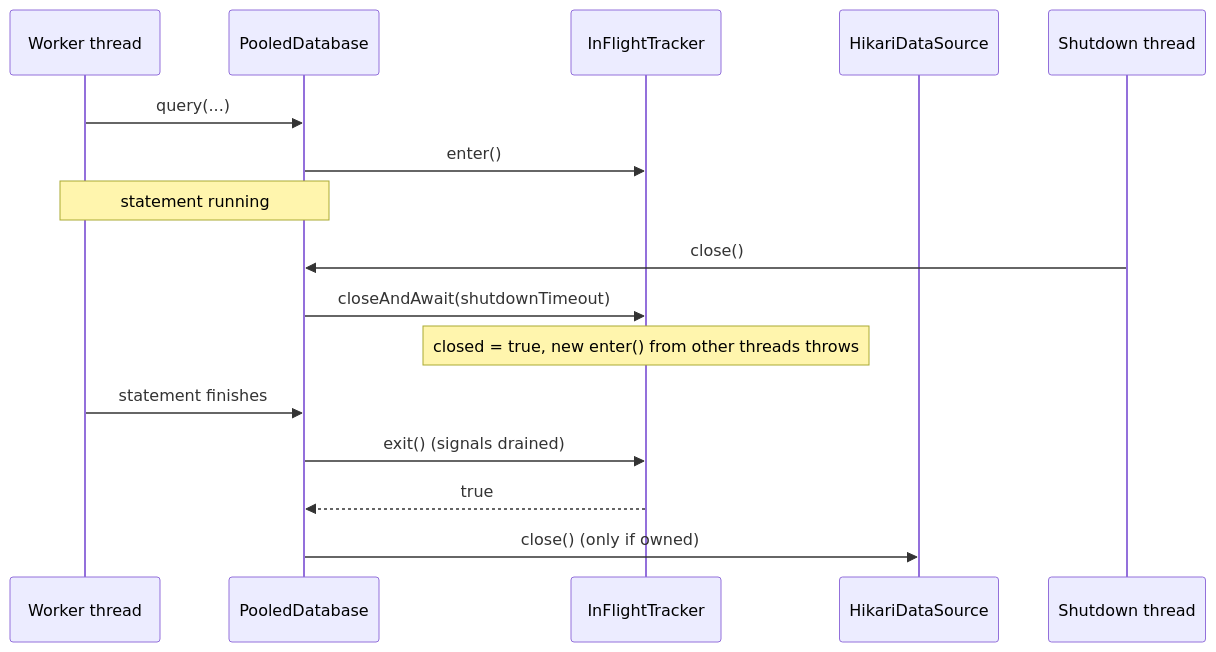
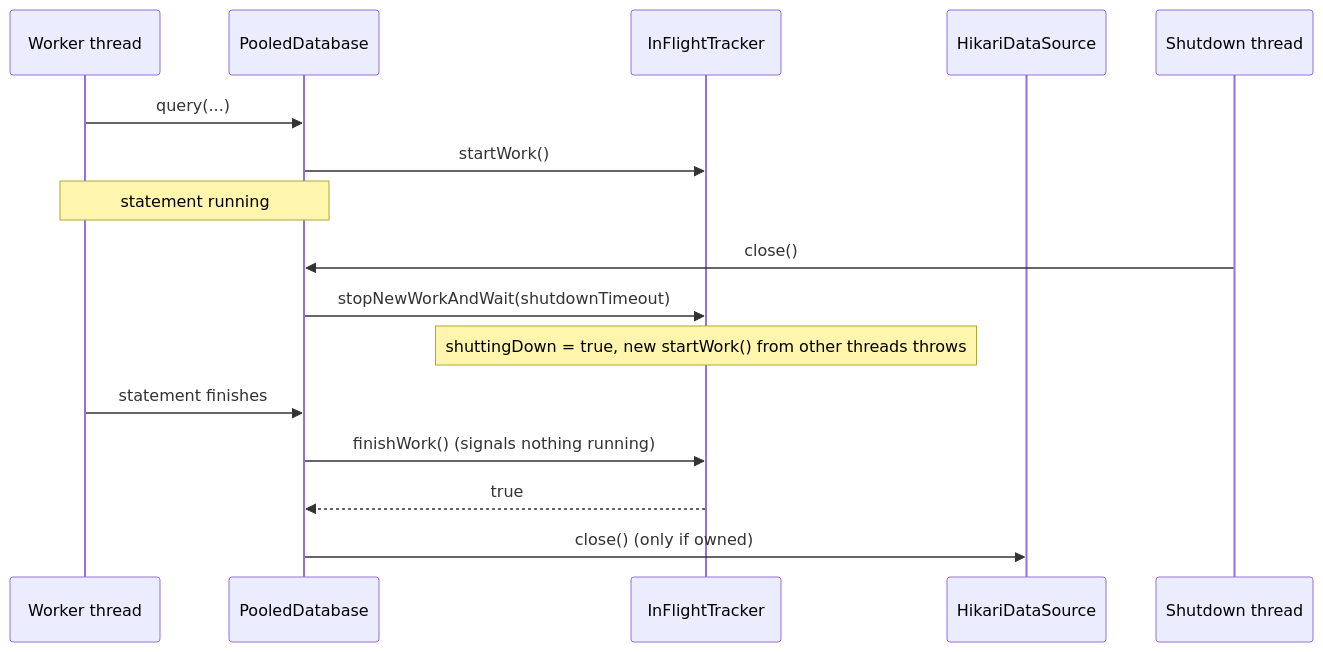
Before and after one commit to varnit-ta/plugkit-util: the fifth of 5 diagrams in plugkit-db/docs/adr/0002-connections-configuration-and-lifecycle.md, drawn with Mermaid. The commit also changed other lines of this file and 76 other files, not shown here.

````diff
--- a/plugkit-db/docs/adr/0002-connections-configuration-and-lifecycle.md
+++ b/plugkit-db/docs/adr/0002-connections-configuration-and-lifecycle.md
@@ -317,18 +317,18 @@
 ```mermaid
 sequenceDiagram
     participant W as Worker thread
     participant PD as PooledDatabase
     participant T as InFlightTracker
     participant H as HikariDataSource
     W->>PD: query(...)
-    PD->>T: enter()
+    PD->>T: startWork()
     Note over W,PD: statement running
     participant S as Shutdown thread
     S->>PD: close()
-    PD->>T: closeAndAwait(shutdownTimeout)
-    Note over T: closed = true, new enter() from other threads throws
+    PD->>T: stopNewWorkAndWait(shutdownTimeout)
+    Note over T: shuttingDown = true, new startWork() from other threads throws
     W->>PD: statement finishes
-    PD->>T: exit() (signals drained)
+    PD->>T: finishWork() (signals nothing running)
     T-->>PD: true
     PD->>H: close() (only if owned)
 ```
````
